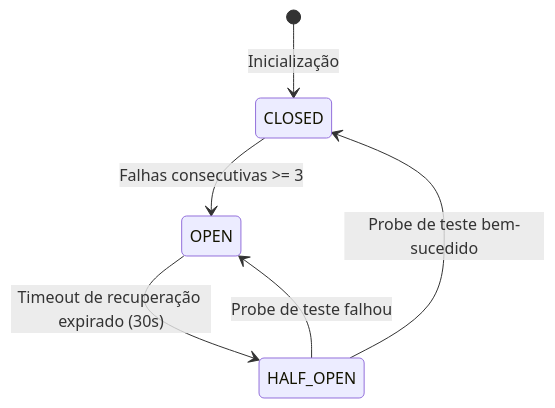
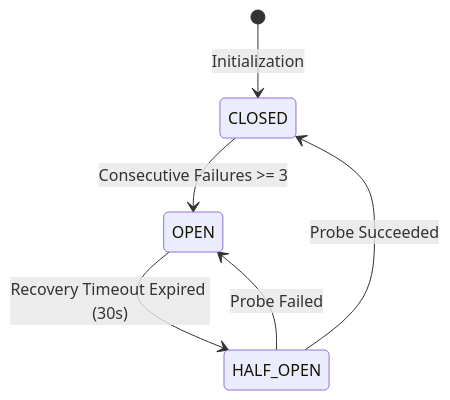
One commit to racoci/symforge changed the second of 2 diagrams in docs/architecture/library_pruner.md. Above: the diagram before and after it, drawn with Mermaid. The commit also changed other lines of this file and 12 other files, not shown here.

Commit message:
docs: translate README and complete architecture documentation to English

````diff
--- a/docs/architecture/library_pruner.md
+++ b/docs/architecture/library_pruner.md
@@ -130,8 +130,8 @@
 ```mermaid
 stateDiagram-v2
-    [*] --> CLOSED: Inicialização
-    CLOSED --> OPEN: Falhas consecutivas >= 3
-    OPEN --> HALF_OPEN: Timeout de recuperação expirado (30s)
-    HALF_OPEN --> CLOSED: Probe de teste bem-sucedido
-    HALF_OPEN --> OPEN: Probe de teste falhou
+    [*] --> CLOSED: Initialization
+    CLOSED --> OPEN: Consecutive Failures >= 3
+    OPEN --> HALF_OPEN: Recovery Timeout Expired (30s)
+    HALF_OPEN --> CLOSED: Probe Succeeded
+    HALF_OPEN --> OPEN: Probe Failed
 ```
````
